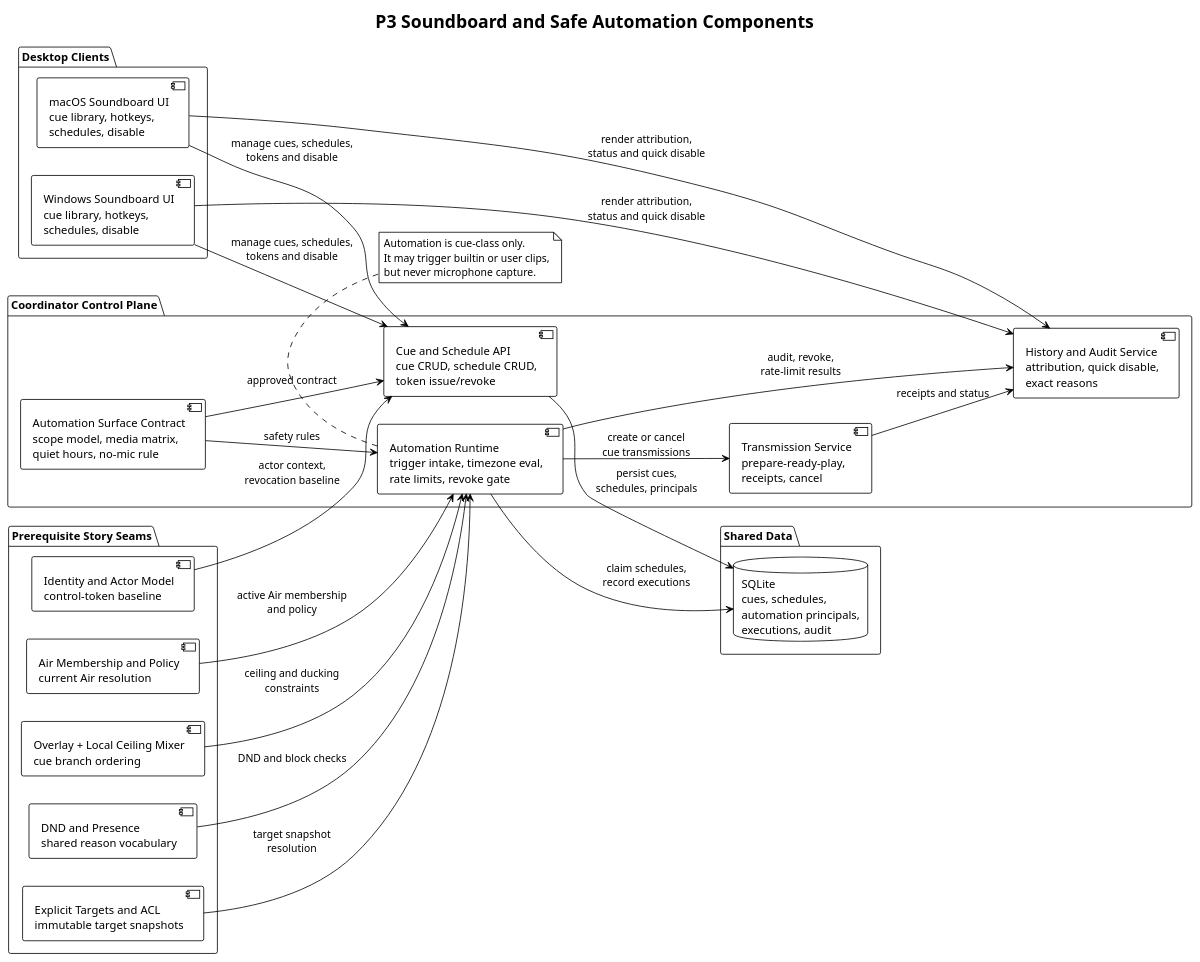
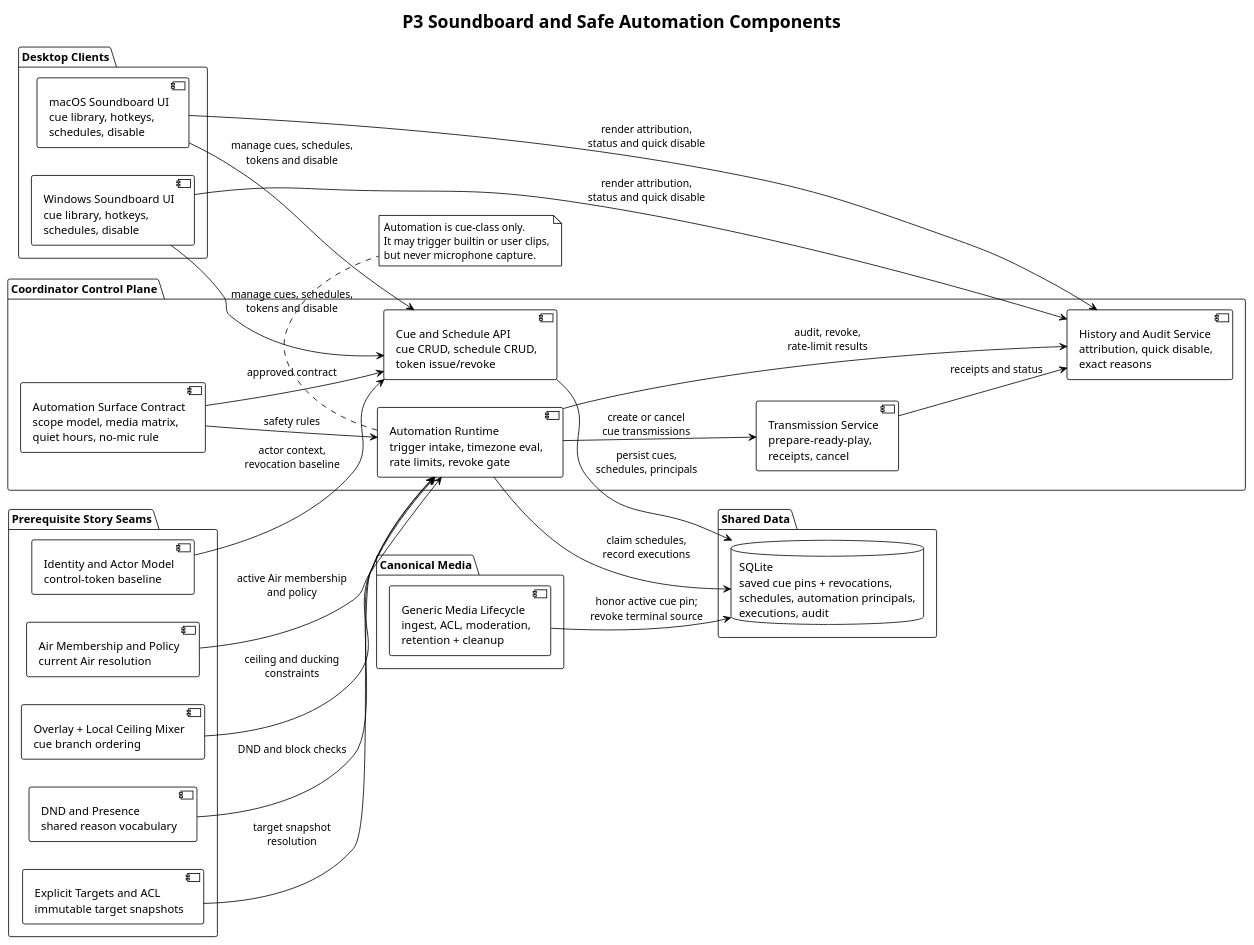
The diagram in docs/diagrams/p3-soundboard-automation-components.puml (relux-works/barycenter), drawn with PlantUML before and after one commit. The commit also changed 10 other files, not shown here.

Commit message:
feat: add durable saved cue lifecycle

```diff
--- a/docs/diagrams/p3-soundboard-automation-components.puml
+++ b/docs/diagrams/p3-soundboard-automation-components.puml
@@ -1,57 +1,62 @@
 @startuml
 !theme plain
 left to right direction
 
 title P3 Soundboard and Safe Automation Components
 
 package "Desktop Clients" {
   component "macOS Soundboard UI\ncue library, hotkeys,\nschedules, disable" as MacUI
   component "Windows Soundboard UI\ncue library, hotkeys,\nschedules, disable" as WinUI
 }
 
 package "Coordinator Control Plane" {
   component "Automation Surface Contract\nscope model, media matrix,\nquiet hours, no-mic rule" as Contract
   component "Cue and Schedule API\ncue CRUD, schedule CRUD,\ntoken issue/revoke" as ControlAPI
   component "Automation Runtime\ntrigger intake, timezone eval,\nrate limits, revoke gate" as Runtime
   component "Transmission Service\nprepare-ready-play,\nreceipts, cancel" as Tx
   component "History and Audit Service\nattribution, quick disable,\nexact reasons" as History
 }
 
 package "Shared Data" {
-  database "SQLite\ncues, schedules,\nautomation principals,\nexecutions, audit" as DB
+  database "SQLite\nsaved cue pins + revocations,\nschedules, automation principals,\nexecutions, audit" as DB
+}
+
+package "Canonical Media" {
+  component "Generic Media Lifecycle\ningest, ACL, moderation,\nretention + cleanup" as Media
 }
 
 package "Prerequisite Story Seams" {
   component "Identity and Actor Model\ncontrol-token baseline" as Identity
   component "DND and Presence\nshared reason vocabulary" as Presence
   component "Explicit Targets and ACL\nimmutable target snapshots" as Targets
   component "Air Membership and Policy\ncurrent Air resolution" as Air
   component "Overlay + Local Ceiling Mixer\ncue branch ordering" as Mixer
 }
 
 MacUI --> ControlAPI : manage cues, schedules,\ntokens and disable
 WinUI --> ControlAPI : manage cues, schedules,\ntokens and disable
 MacUI --> History : render attribution,\nstatus and quick disable
 WinUI --> History : render attribution,\nstatus and quick disable
 
 Contract --> ControlAPI : approved contract
 Contract --> Runtime : safety rules
 ControlAPI --> DB : persist cues,\nschedules, principals
+Media --> DB : honor active cue pin;\nrevoke terminal source
 Runtime --> DB : claim schedules,\nrecord executions
 Runtime --> Tx : create or cancel\ncue transmissions
 Tx --> History : receipts and status
 Runtime --> History : audit, revoke,\nrate-limit results
 
 Identity --> ControlAPI : actor context,\nrevocation baseline
 Presence --> Runtime : DND and block checks
 Targets --> Runtime : target snapshot\nresolution
 Air --> Runtime : active Air membership\nand policy
 Mixer --> Runtime : ceiling and ducking\nconstraints
 
 note bottom of Runtime
   Automation is cue-class only.
   It may trigger builtin or user clips,
   but never microphone capture.
 end note
 
 @enduml
```
